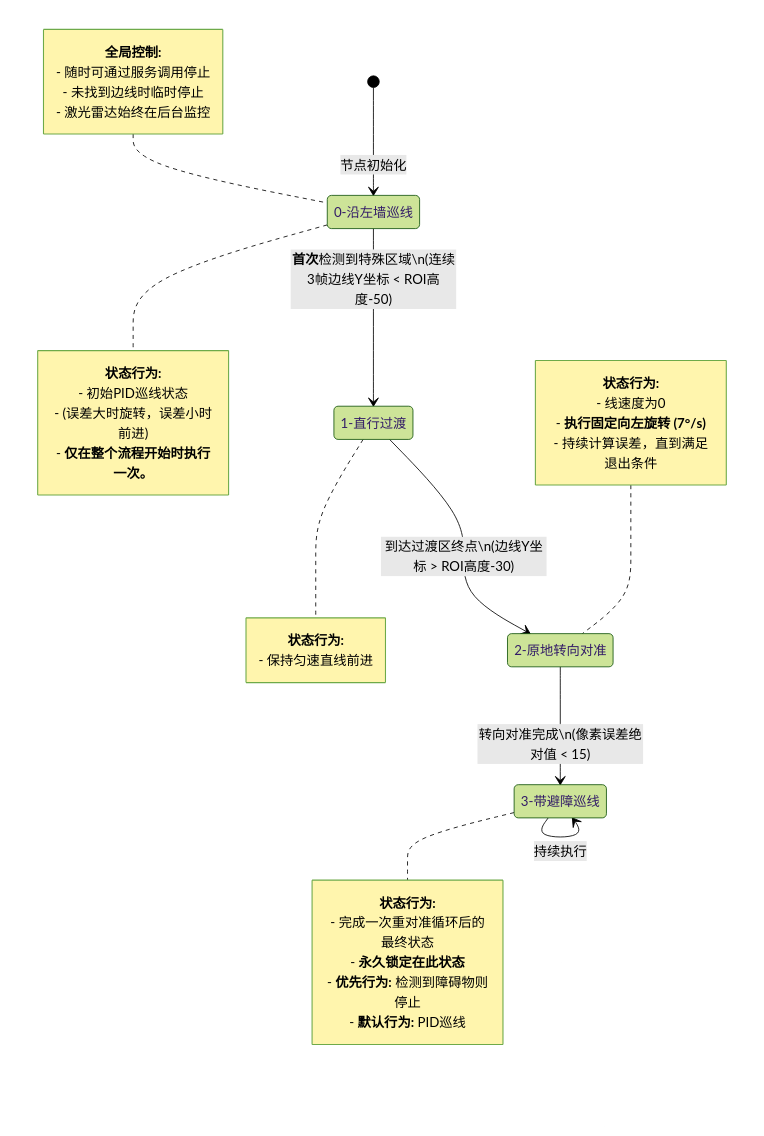
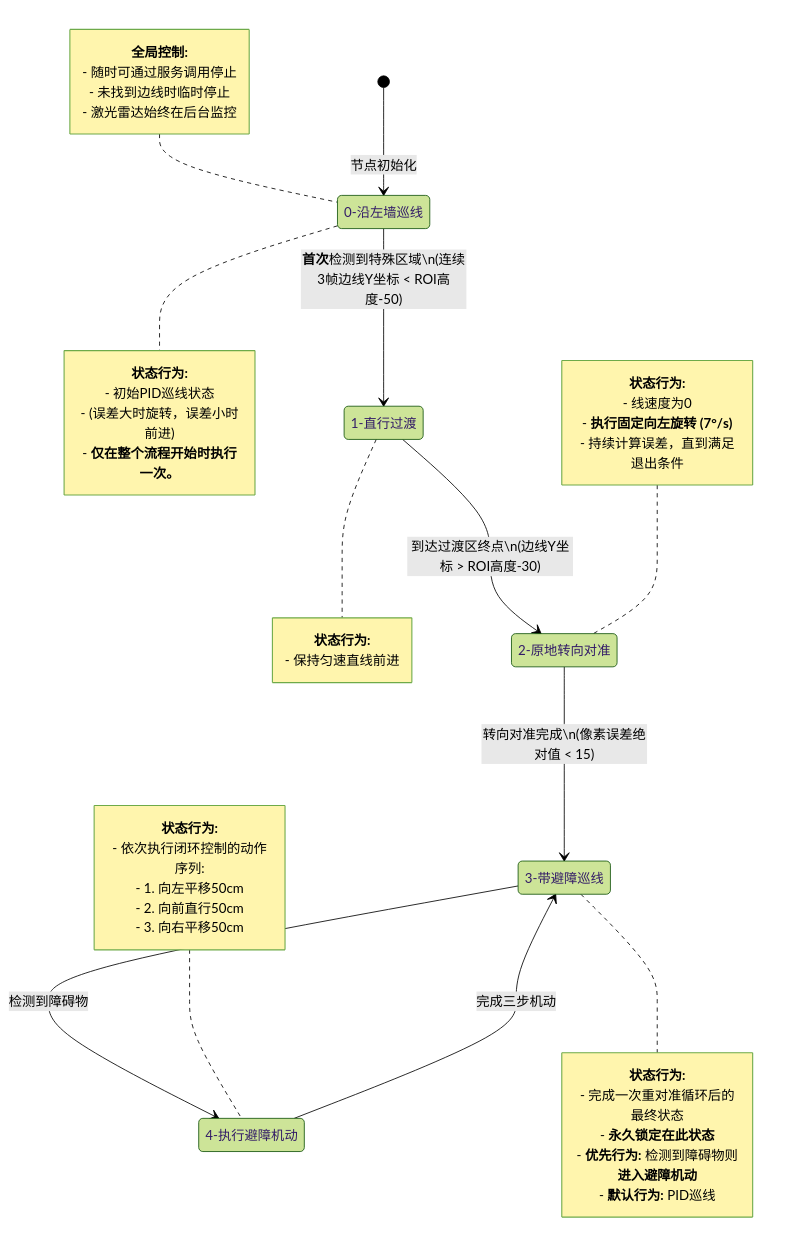
One commit to Abaabaxx/UCAR-FOLLOW-LINE changed the diagram in my_try/八邻域+FTW/mermaid/FTW_left.md. Above: the diagram before and after it, drawn with Mermaid (forest theme). The commit also changed 1 other file, not shown here.

Commit message:
避障：基本实现了避障的功能 不过左平移是断断续续的 不连续

````diff
--- a/my_try/八邻域+FTW/mermaid/FTW_left.md
+++ b/my_try/八邻域+FTW/mermaid/FTW_left.md
@@ -1,56 +1,67 @@
 ```mermaid
 stateDiagram-v2
     %% 状态定义
     FOLLOW_LEFT: 0-沿左墙巡线
     STRAIGHT_TRANSITION: 1-直行过渡
     ROTATE_ALIGNMENT: 2-原地转向对准
     FOLLOW_LEFT_WITH_AVOIDANCE: 3-带避障巡线
+    AVOIDANCE_MANEUVER: 4-执行避障机动
 
     %% 定义初始状态
     [*] --> FOLLOW_LEFT: 节点初始化
 
     %% 状态转换
     FOLLOW_LEFT --> STRAIGHT_TRANSITION: <b>首次</b>检测到特殊区域\n(连续3帧边线Y坐标 < ROI高度-50)
     STRAIGHT_TRANSITION --> ROTATE_ALIGNMENT: 到达过渡区终点\n(边线Y坐标 > ROI高度-30)
     ROTATE_ALIGNMENT --> FOLLOW_LEFT_WITH_AVOIDANCE: 转向对准完成\n(像素误差绝对值 < 15)
-    FOLLOW_LEFT_WITH_AVOIDANCE --> FOLLOW_LEFT_WITH_AVOIDANCE: 持续执行
+    FOLLOW_LEFT_WITH_AVOIDANCE --> AVOIDANCE_MANEUVER: 检测到障碍物
+    AVOIDANCE_MANEUVER --> FOLLOW_LEFT_WITH_AVOIDANCE: 完成三步机动
 
     %% 沿墙巡线状态说明
     note right of FOLLOW_LEFT
         <b>状态行为:</b>
         - 初始PID巡线状态
         - (误差大时旋转，误差小时前进)
         - <b>仅在整个流程开始时执行一次。</b>
     end note
 
     %% 直行过渡状态说明
     note right of STRAIGHT_TRANSITION
         <b>状态行为:</b>
         - 保持匀速直线前进
     end note
 
     %% 原地转向对准状态说明
     note left of ROTATE_ALIGNMENT
         <b>状态行为:</b>
         - 线速度为0
         - <b>执行固定向左旋转 (7°/s)</b>
         - 持续计算误差，直到满足退出条件
     end note
 
     %% 带避障巡线状态说明
     note right of FOLLOW_LEFT_WITH_AVOIDANCE
         <b>状态行为:</b>
         - 完成一次重对准循环后的最终状态
         - <b>永久锁定在此状态</b>
-        - <b>优先行为:</b> 检测到障碍物则停止
+        - <b>优先行为:</b> 检测到障碍物则<b>进入避障机动</b>
         - <b>默认行为:</b> PID巡线
+    end note
+
+    %% 执行避障机动状态说明
+    note left of AVOIDANCE_MANEUVER
+        <b>状态行为:</b>
+        - 依次执行闭环控制的动作序列:
+        - 1. 向左平移50cm
+        - 2. 向前直行50cm
+        - 3. 向右平移50cm
     end note
 
     %% 全局控制说明
     note left of FOLLOW_LEFT
         <b>全局控制:</b>
         - 随时可通过服务调用停止
         - 未找到边线时临时停止
         - 激光雷达始终在后台监控
     end note
 ```
````
